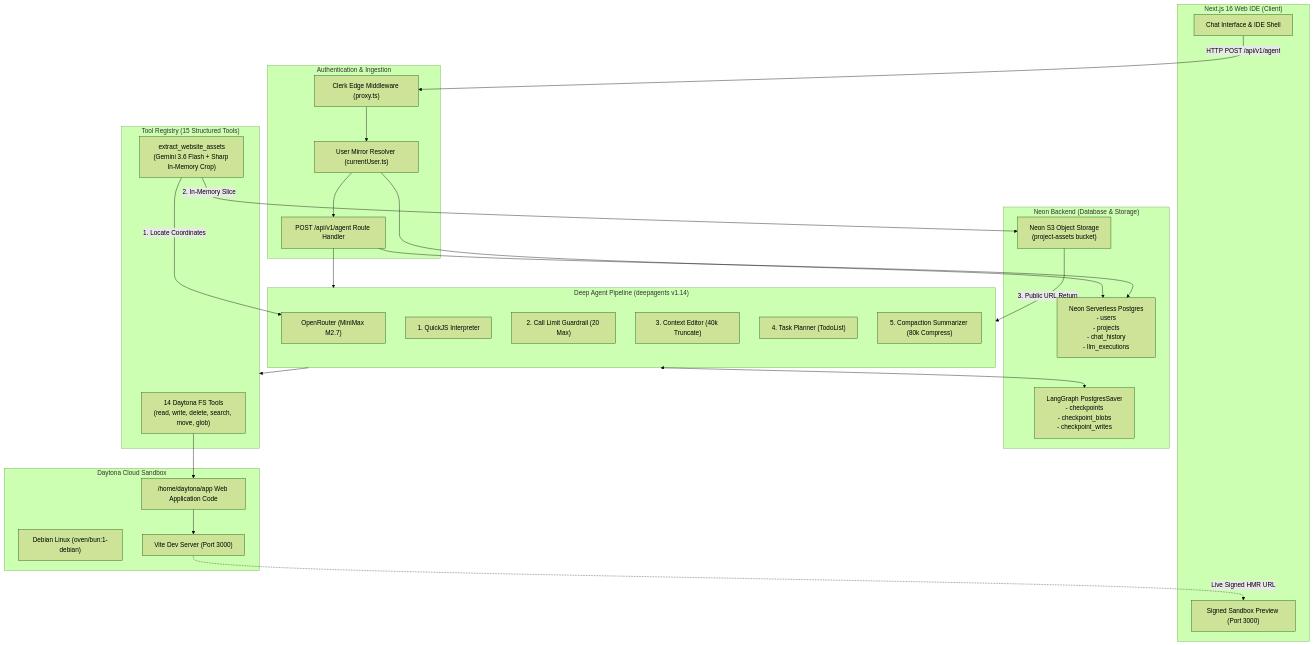
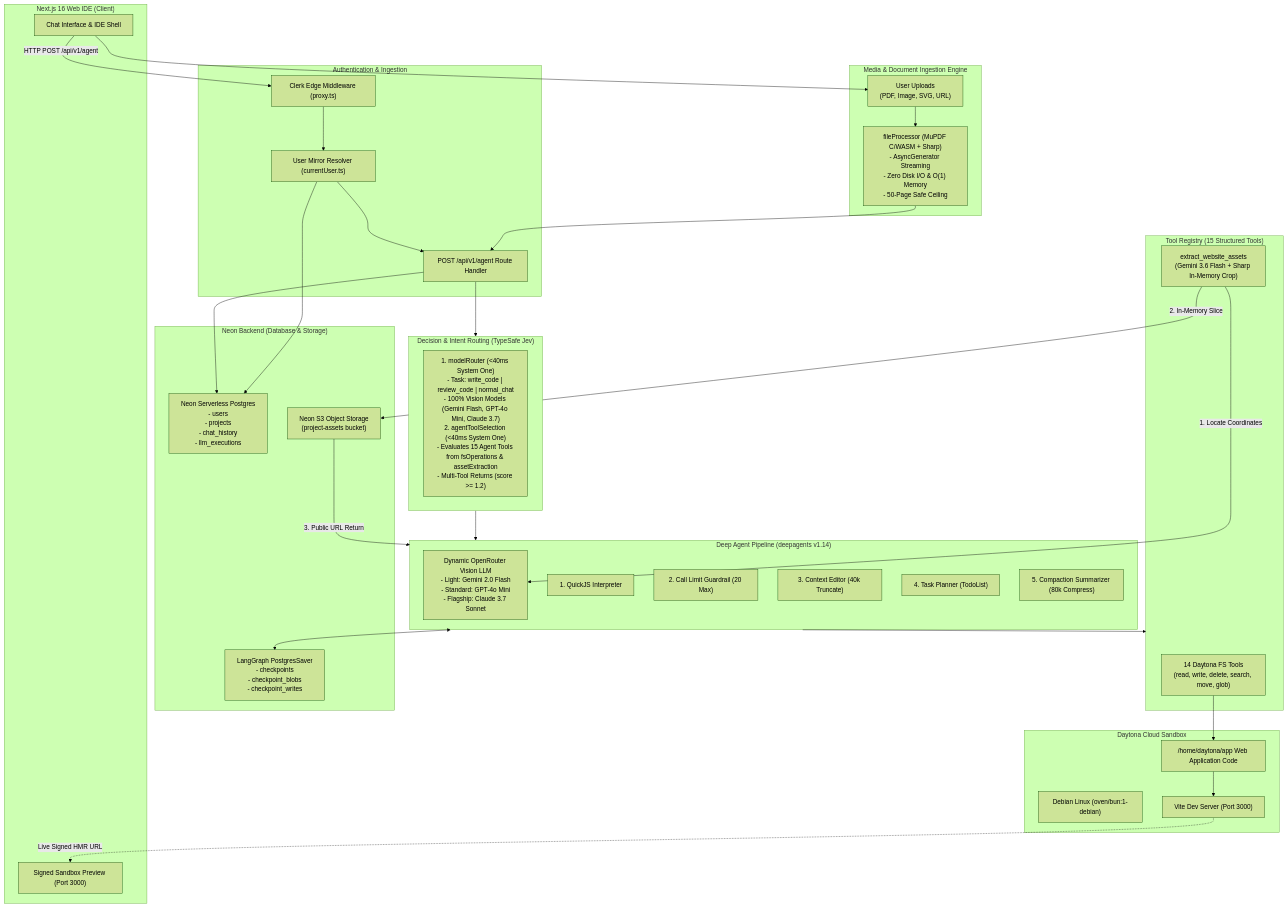
Before and after one commit to keplar-404/relie-deep-agent: the first of 7 diagrams in README.md, drawn with Mermaid (forest theme). The commit also changed other lines of this file and 6 other files, not shown here.

Commit message:
feat: Tool selector router added

````diff
--- a/README.md
+++ b/README.md
@@ -13,54 +13,67 @@
 ```mermaid
 flowchart TD
     subgraph Client["Next.js 16 Web IDE (Client)"]
         UI["Chat Interface & IDE Shell"]
         Preview["Signed Sandbox Preview (Port 3000)"]
+    end
+
+    subgraph IngestionPipeline["Media & Document Ingestion Engine"]
+        Uploads["User Uploads\n(PDF, Image, SVG, URL)"]
+        FileProc["fileProcessor (MuPDF C/WASM + Sharp)\n- AsyncGenerator Streaming\n- Zero Disk I/O & O(1) Memory\n- 50-Page Safe Ceiling"]
     end
 
     subgraph AuthLayer["Authentication & Ingestion"]
         Clerk["Clerk Edge Middleware (proxy.ts)"]
         Resolver["User Mirror Resolver (currentUser.ts)"]
         API["POST /api/v1/agent Route Handler"]
     end
 
     subgraph StorageLayer["Neon Backend (Database & Storage)"]
         Postgres["Neon Serverless Postgres\n- users\n- projects\n- chat_history\n- llm_executions"]
         Saver["LangGraph PostgresSaver\n- checkpoints\n- checkpoint_blobs\n- checkpoint_writes"]
         S3["Neon S3 Object Storage\n(project-assets bucket)"]
     end
 
+    subgraph DecisionLayer["Decision & Intent Routing (TypeSafe Jev)"]
+        Router["1. modelRouter (<40ms System One)\n- Task: write_code | review_code | normal_chat\n- 100% Vision Models (Gemini Flash, GPT-4o Mini, Claude 3.7)\n2. agentToolSelection (<40ms System One)\n- Evaluates 15 Agent Tools from fsOperations & assetExtraction\n- Multi-Tool Returns (score >= 1.2)"]
+    end
+
     subgraph AgentCore["Deep Agent Pipeline (deepagents v1.14)"]
-        LLM["OpenRouter (MiniMax M2.7)"]
+        LLM["Dynamic OpenRouter Vision LLM\n- Light: Gemini 2.0 Flash\n- Standard: GPT-4o Mini\n- Flagship: Claude 3.7 Sonnet"]
         MW1["1. QuickJS Interpreter"]
         MW2["2. Call Limit Guardrail (20 Max)"]
         MW3["3. Context Editor (40k Truncate)"]
         MW4["4. Task Planner (TodoList)"]
         MW5["5. Compaction Summarizer (80k Compress)"]
     end
 
     subgraph ToolEcosystem["Tool Registry (15 Structured Tools)"]
         FSTools["14 Daytona FS Tools\n(read, write, delete, search, move, glob)"]
         VisionTool["extract_website_assets\n(Gemini 3.6 Flash + Sharp In-Memory Crop)"]
     end
 
     subgraph Sandbox["Daytona Cloud Sandbox"]
         Debian["Debian Linux (oven/bun:1-debian)"]
         ViteDev["Vite Dev Server (Port 3000)"]
         AppFiles["/home/daytona/app Web Application Code"]
     end
 
     UI -->|HTTP POST /api/v1/agent| Clerk
+    UI --> Uploads
+    Uploads --> FileProc
+    FileProc --> API
     Clerk --> Resolver
     Resolver --> Postgres
     Resolver --> API
     API --> Postgres
-    API --> AgentCore
+    API --> DecisionLayer
+    DecisionLayer --> AgentCore
     AgentCore <--> Saver
     AgentCore --> ToolEcosystem
     FSTools --> AppFiles
     VisionTool -->|1. Locate Coordinates| LLM
     VisionTool -->|2. In-Memory Slice| S3
     S3 -->|3. Public URL Return| AgentCore
     AppFiles --> ViteDev
     ViteDev -.->|Live Signed HMR URL| Preview
 ```
````
